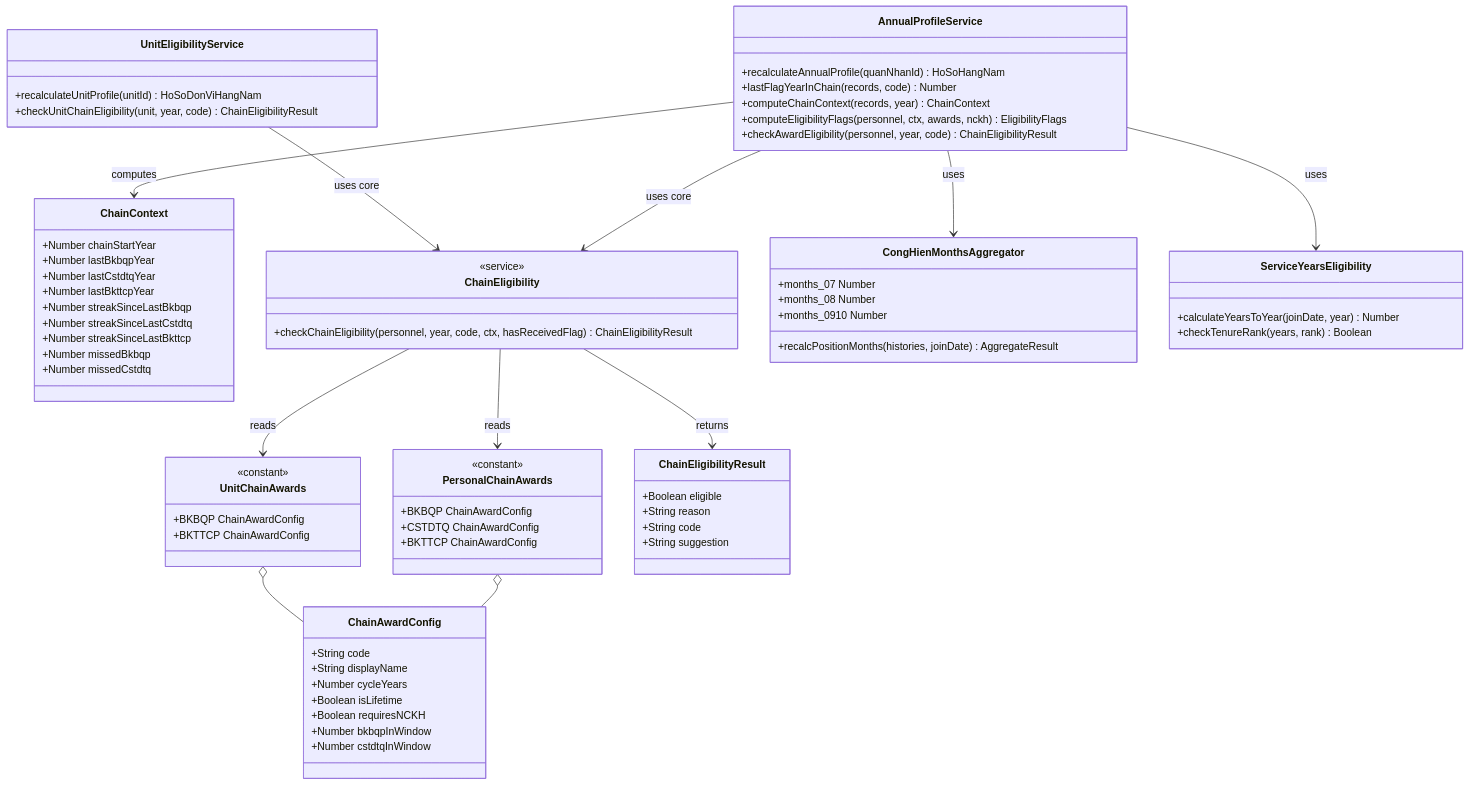
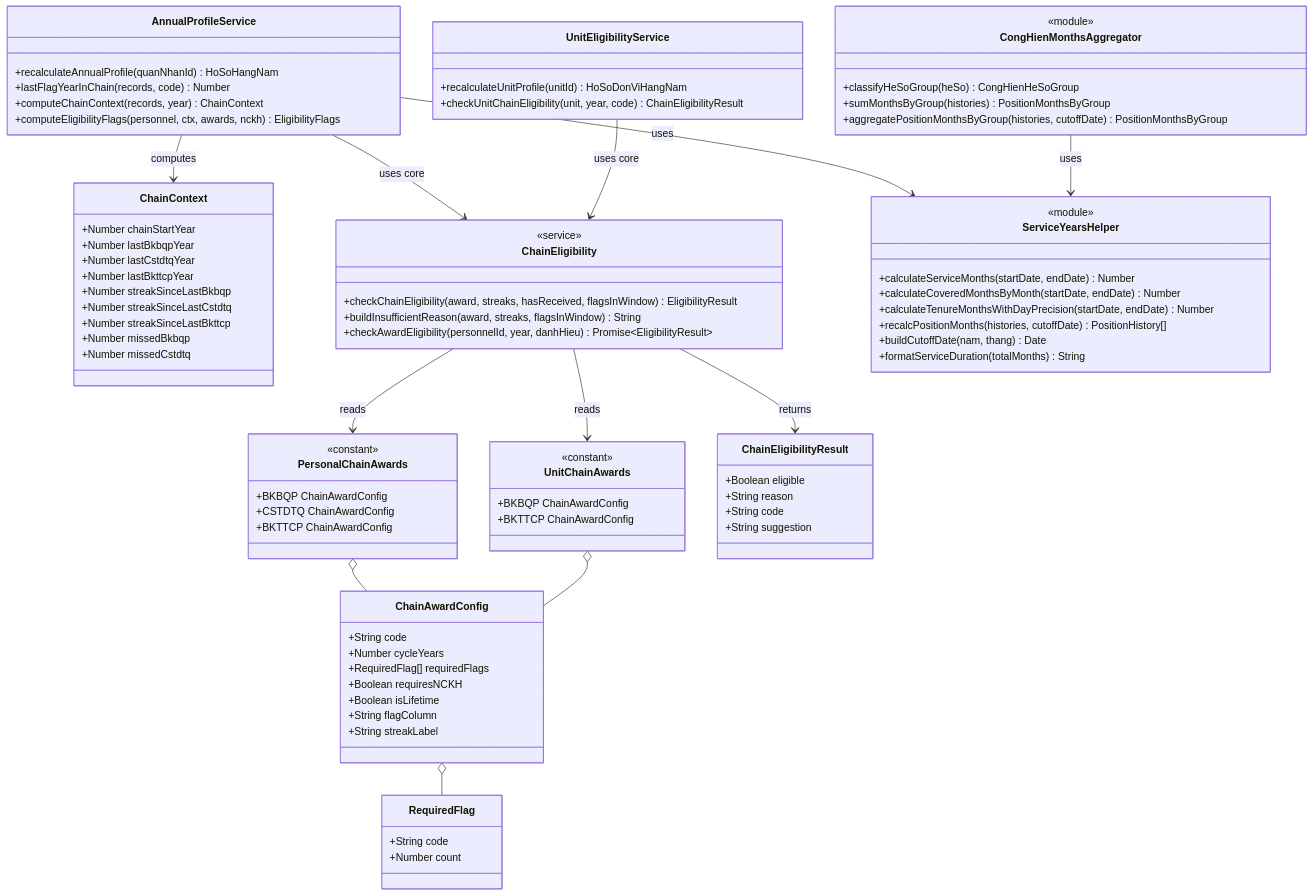
The third of 5 diagrams in docs/diagrams/04-class.md (tranducbk/DATN_PM_QLKT), drawn with Mermaid before and after one commit. The commit also changed other lines of this file and 4 other files, not shown here.

```diff
--- a/docs/diagrams/04-class.md
+++ b/docs/diagrams/04-class.md
@@ -245,12 +247,17 @@
 classDiagram
     class ChainAwardConfig {
         +String code
-        +String displayName
         +Number cycleYears
+        +RequiredFlag[] requiredFlags
+        +Boolean requiresNCKH
         +Boolean isLifetime
-        +Boolean requiresNCKH
-        +Number bkbqpInWindow
-        +Number cstdtqInWindow
+        +String flagColumn
+        +String streakLabel
+    }
+
+    class RequiredFlag {
+        +String code
+        +Number count
     }
 
     class PersonalChainAwards {
@@ -287,7 +294,9 @@
 
     class ChainEligibility {
         <<service>>
-        +checkChainEligibility(personnel, year, code, ctx, hasReceivedFlag) ChainEligibilityResult
+        +checkChainEligibility(award, streaks, hasReceived, flagsInWindow) EligibilityResult
+        +buildInsufficientReason(award, streaks, flagsInWindow) String
+        +checkAwardEligibility(personnelId, year, danhHieu) Promise~EligibilityResult~
     }
 
     class AnnualProfileService {
@@ -295,7 +304,6 @@
         +lastFlagYearInChain(records, code) Number
         +computeChainContext(records, year) ChainContext
         +computeEligibilityFlags(personnel, ctx, awards, nckh) EligibilityFlags
-        +checkAwardEligibility(personnel, year, code) ChainEligibilityResult
     }
 
     class UnitEligibilityService {
@@ -304,24 +312,30 @@
     }
 
     class CongHienMonthsAggregator {
-        +recalcPositionMonths(histories, joinDate) AggregateResult
-        +months_07 Number
-        +months_08 Number
-        +months_0910 Number
+        <<module>>
+        +classifyHeSoGroup(heSo) CongHienHeSoGroup
+        +sumMonthsByGroup(histories) PositionMonthsByGroup
+        +aggregatePositionMonthsByGroup(histories, cutoffDate) PositionMonthsByGroup
     }
 
-    class ServiceYearsEligibility {
-        +calculateYearsToYear(joinDate, year) Number
-        +checkTenureRank(years, rank) Boolean
+    class ServiceYearsHelper {
+        <<module>>
+        +calculateServiceMonths(startDate, endDate) Number
+        +calculateCoveredMonthsByMonth(startDate, endDate) Number
+        +calculateTenureMonthsWithDayPrecision(startDate, endDate) Number
+        +recalcPositionMonths(histories, cutoffDate) PositionHistory[]
+        +buildCutoffDate(nam, thang) Date
+        +formatServiceDuration(totalMonths) String
     }
 
     PersonalChainAwards o-- ChainAwardConfig
     UnitChainAwards o-- ChainAwardConfig
+    ChainAwardConfig o-- RequiredFlag
     AnnualProfileService --> ChainEligibility : uses core
     UnitEligibilityService --> ChainEligibility : uses core
     AnnualProfileService --> ChainContext : computes
-    AnnualProfileService --> CongHienMonthsAggregator : uses
-    AnnualProfileService --> ServiceYearsEligibility : uses
+    AnnualProfileService --> ServiceYearsHelper : uses
+    CongHienMonthsAggregator --> ServiceYearsHelper : uses
     ChainEligibility --> ChainEligibilityResult : returns
     ChainEligibility --> PersonalChainAwards : reads
     ChainEligibility --> UnitChainAwards : reads
```
